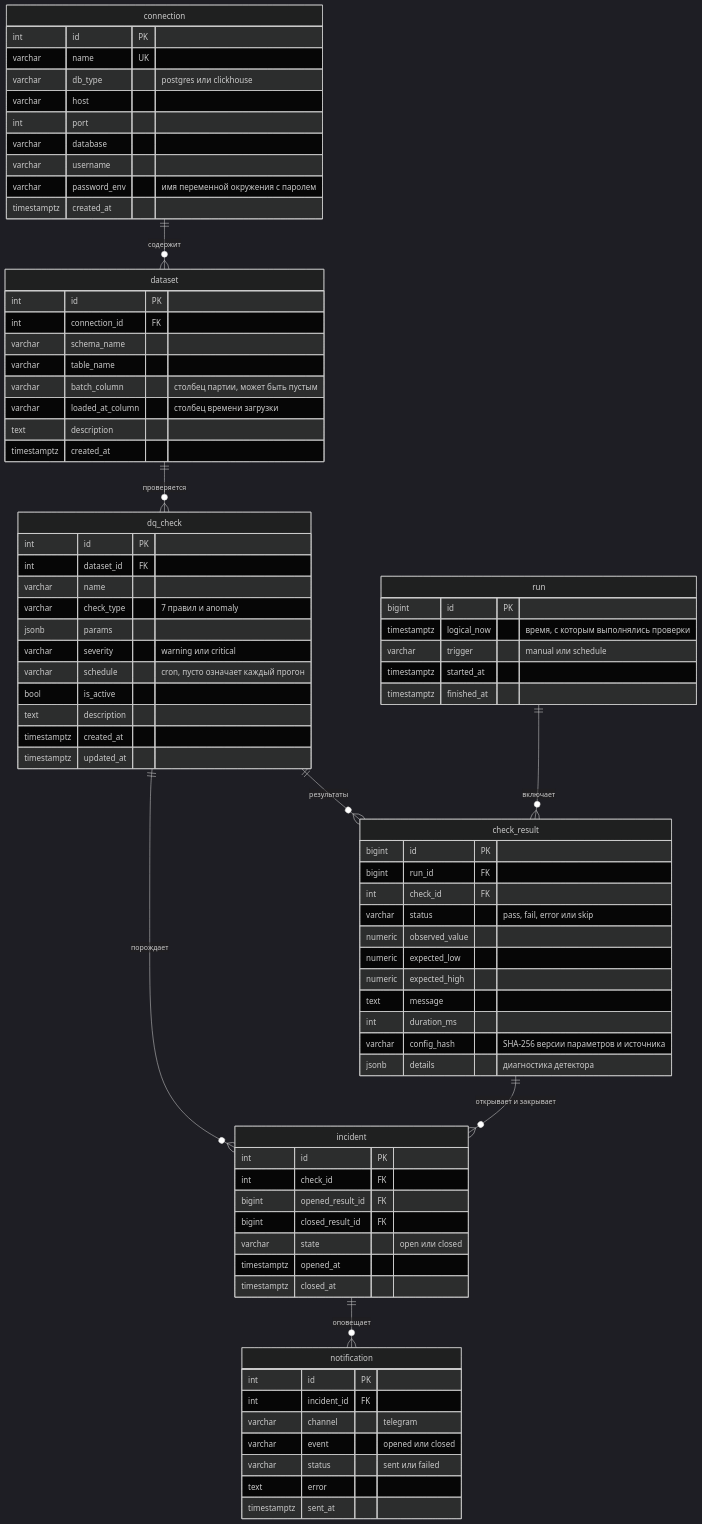
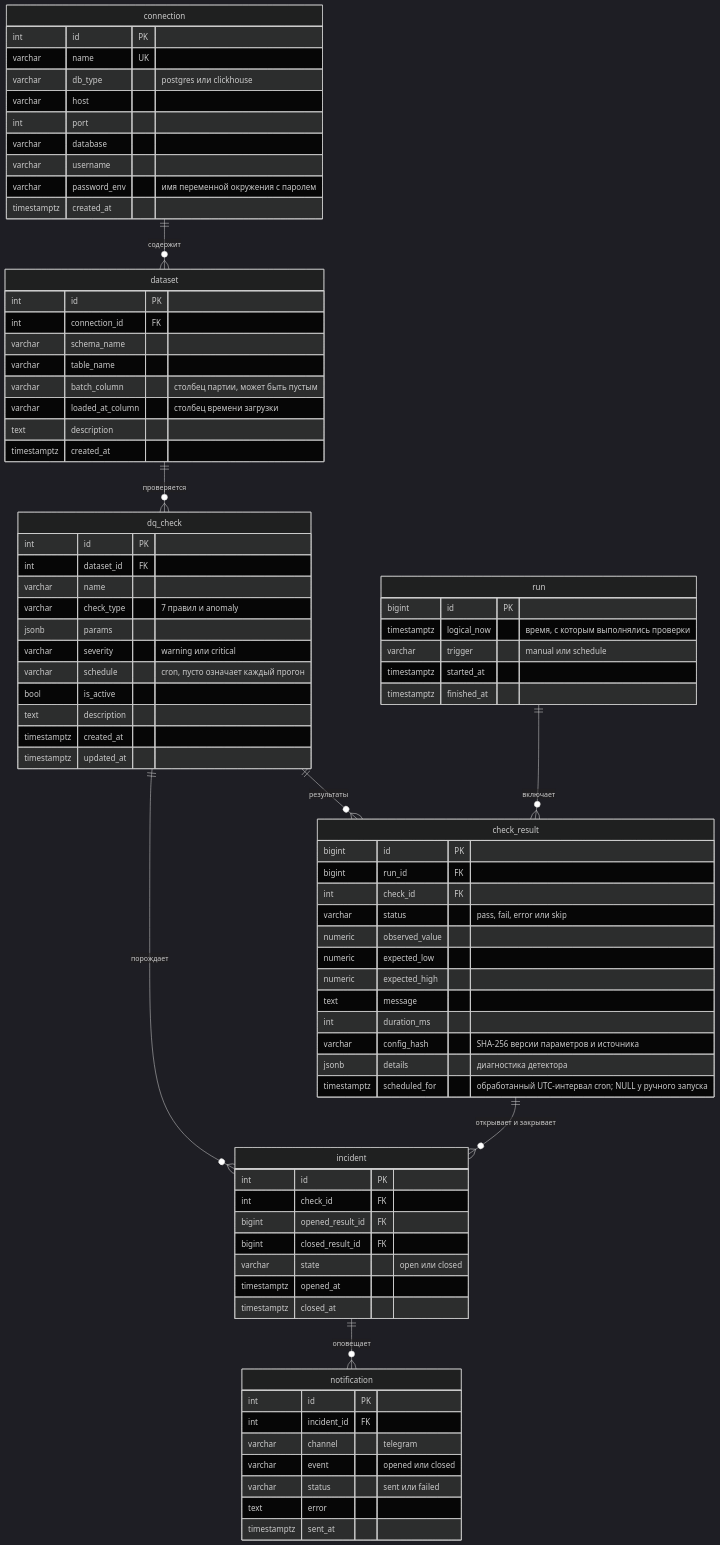
Before and after one commit to asemenov2004/dq-monitor: the diagram in docs/erd.md, drawn with Mermaid (dark theme). The commit also changed other lines of this file and 24 other files, not shown here.

```diff
--- a/docs/erd.md
+++ b/docs/erd.md
@@ -67,6 +67,7 @@
         int duration_ms
         varchar config_hash "SHA-256 версии параметров и источника"
         jsonb details "диагностика детектора"
+        timestamptz scheduled_for "обработанный UTC-интервал cron; NULL у ручного запуска"
     }
     incident {
         int id PK
```
